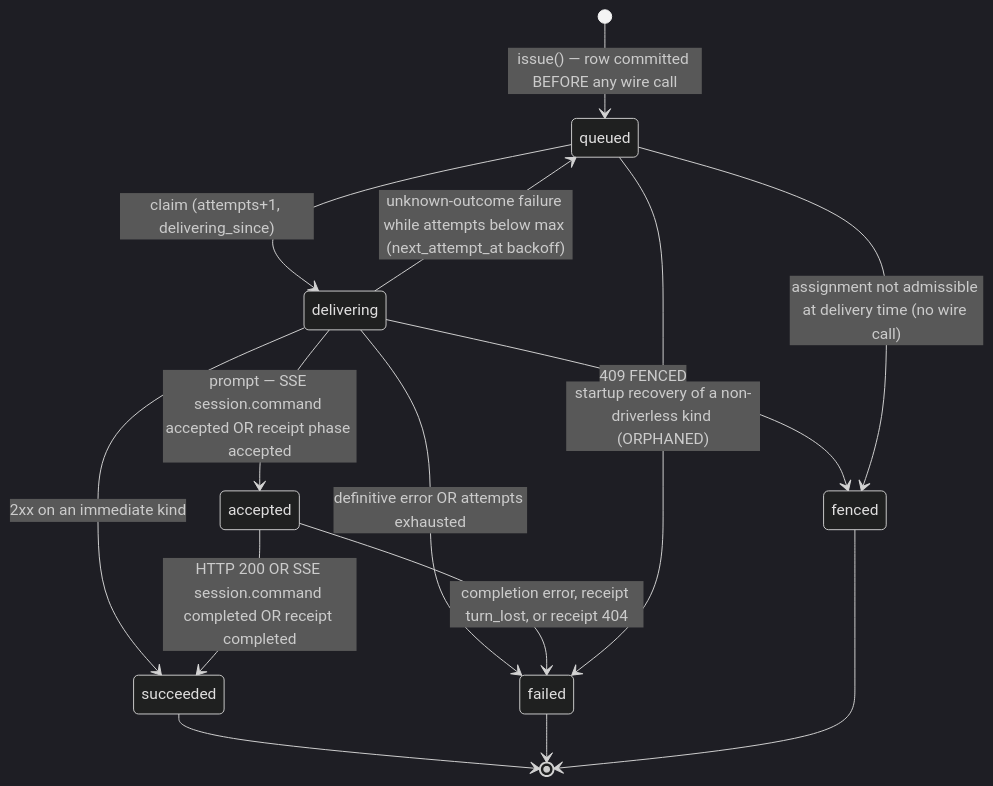
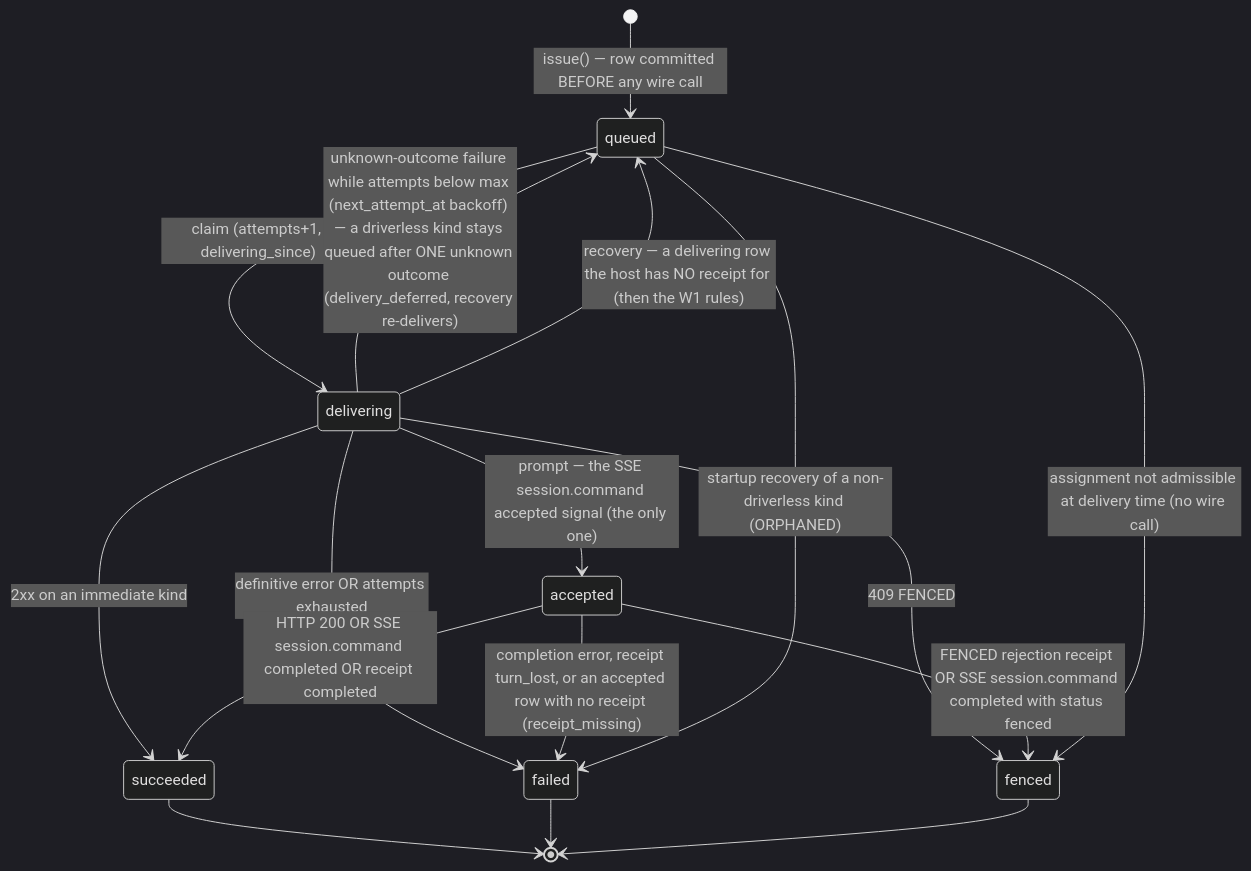
The third of 10 diagrams in docs/system-analytics/execution-hosts.md (maister-dev/maister), drawn with Mermaid (dark theme) before and after one commit. The commit also changed other lines of this file and 139 other files, not shown here.

First line of the commit message:
fix(execution-host): review fixes — resolver self-wait, allow-list sweep, released handles, bind-by-assignment, fenced yields, fake parity

````diff
--- a/docs/system-analytics/execution-hosts.md
+++ b/docs/system-analytics/execution-hosts.md
@@ -135,17 +177,19 @@
 ```mermaid
 stateDiagram-v2
     [*] --> queued : issue() — row committed BEFORE any wire call
     queued --> delivering : claim (attempts+1, delivering_since)
     delivering --> succeeded : 2xx on an immediate kind
-    delivering --> accepted : prompt — SSE session.command accepted OR receipt phase accepted
-    delivering --> queued : unknown-outcome failure while attempts below max (next_attempt_at backoff)
+    delivering --> accepted : prompt — the SSE session.command accepted signal (the only one)
+    delivering --> queued : unknown-outcome failure while attempts below max (next_attempt_at backoff) — a driverless kind stays queued after ONE unknown outcome (delivery_deferred, recovery re-delivers)
+    delivering --> queued : recovery — a delivering row the host has NO receipt for (then the W1 rules)
     delivering --> failed : definitive error OR attempts exhausted
     delivering --> fenced : 409 FENCED
     accepted --> succeeded : HTTP 200 OR SSE session.command completed OR receipt completed
-    accepted --> failed : completion error, receipt turn_lost, or receipt 404
+    accepted --> failed : completion error, receipt turn_lost, or an accepted row with no receipt (receipt_missing)
+    accepted --> fenced : FENCED rejection receipt OR SSE session.command completed with status fenced
     queued --> fenced : assignment not admissible at delivery time (no wire call)
     queued --> failed : startup recovery of a non-driverless kind (ORPHANED)
     succeeded --> [*]
     failed --> [*]
     fenced --> [*]
 ```
````
